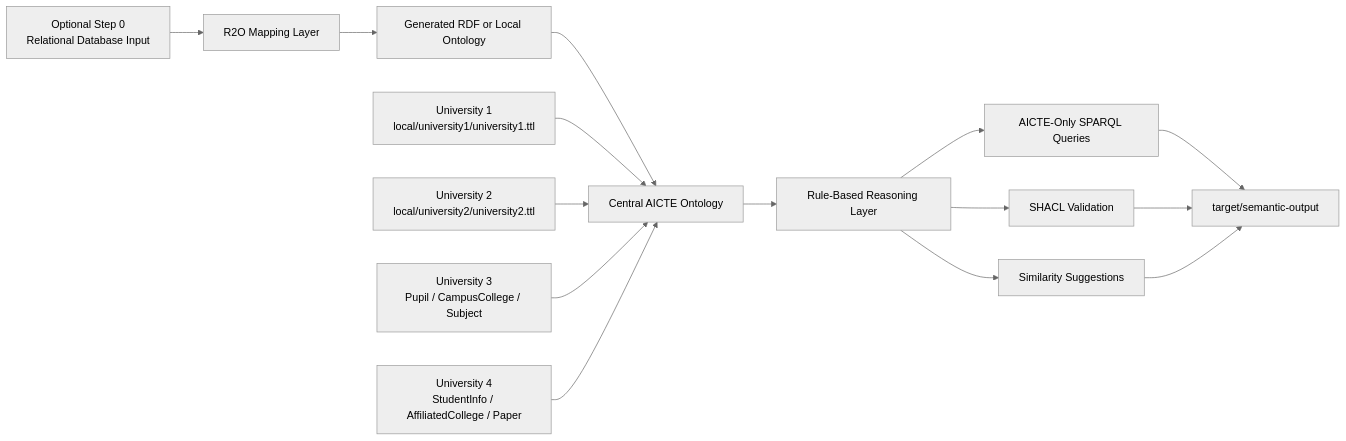
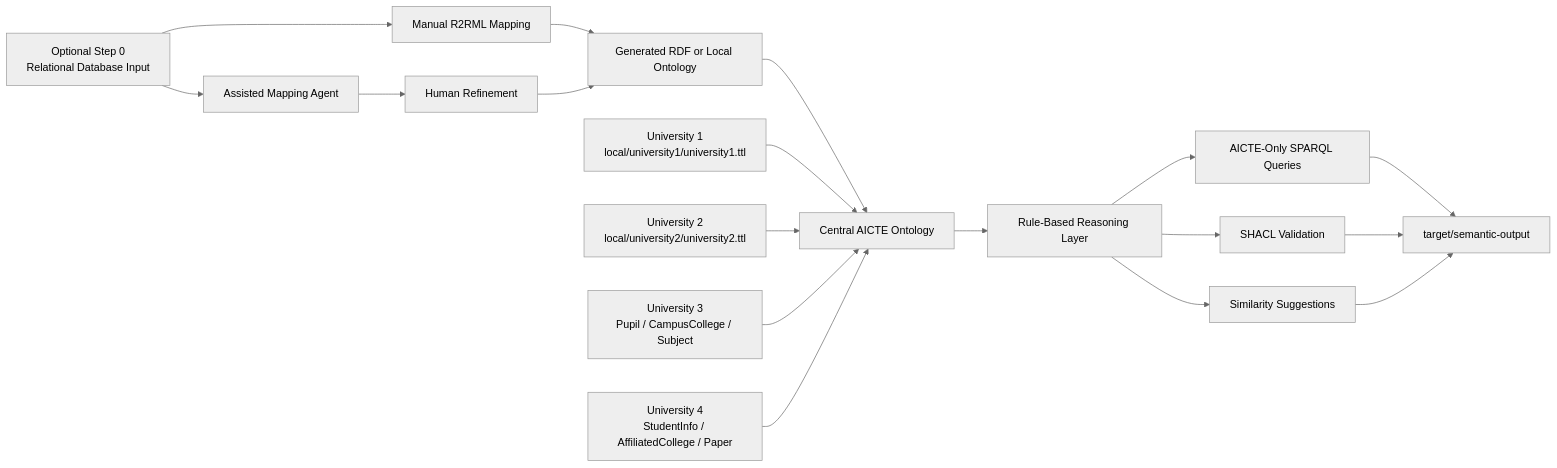
Before and after one commit to ap5967ap/SEMLINK: the diagram in docs/semantic-integration/architecture.md, drawn with Mermaid (neutral theme). The commit also changed other lines of this file and 12 other files, not shown here.

````diff
--- a/docs/semantic-integration/architecture.md
+++ b/docs/semantic-integration/architecture.md
@@ -3,17 +3,20 @@
 ```mermaid
 flowchart LR
-    DB["Optional Step 0\nRelational Database Input"] --> M["R2O Mapping Layer"]
-    M --> U0["Generated RDF or Local Ontology"]
+    DB["Optional Step 0\nRelational Database Input"] --> M1["Manual R2RML Mapping"]
+    DB --> M2["Assisted Mapping Agent"]
+    M2 --> M3["Human Refinement"]
+    M1 --> U0["Generated RDF or Local Ontology"]
+    M3 --> U0
     U0 --> A["Central AICTE Ontology"]
     U1["University 1\nlocal/university1/university1.ttl"] --> A
     U2["University 2\nlocal/university2/university2.ttl"] --> A
     U3["University 3\nPupil / CampusCollege / Subject"] --> A
     U4["University 4\nStudentInfo / AffiliatedCollege / Paper"] --> A
     A --> R["Rule-Based Reasoning Layer"]
     R --> Q["AICTE-Only SPARQL Queries"]
     R --> V["SHACL Validation"]
     R --> S["Similarity Suggestions"]
     Q --> O["target/semantic-output"]
     V --> O
     S --> O
 ```
````
